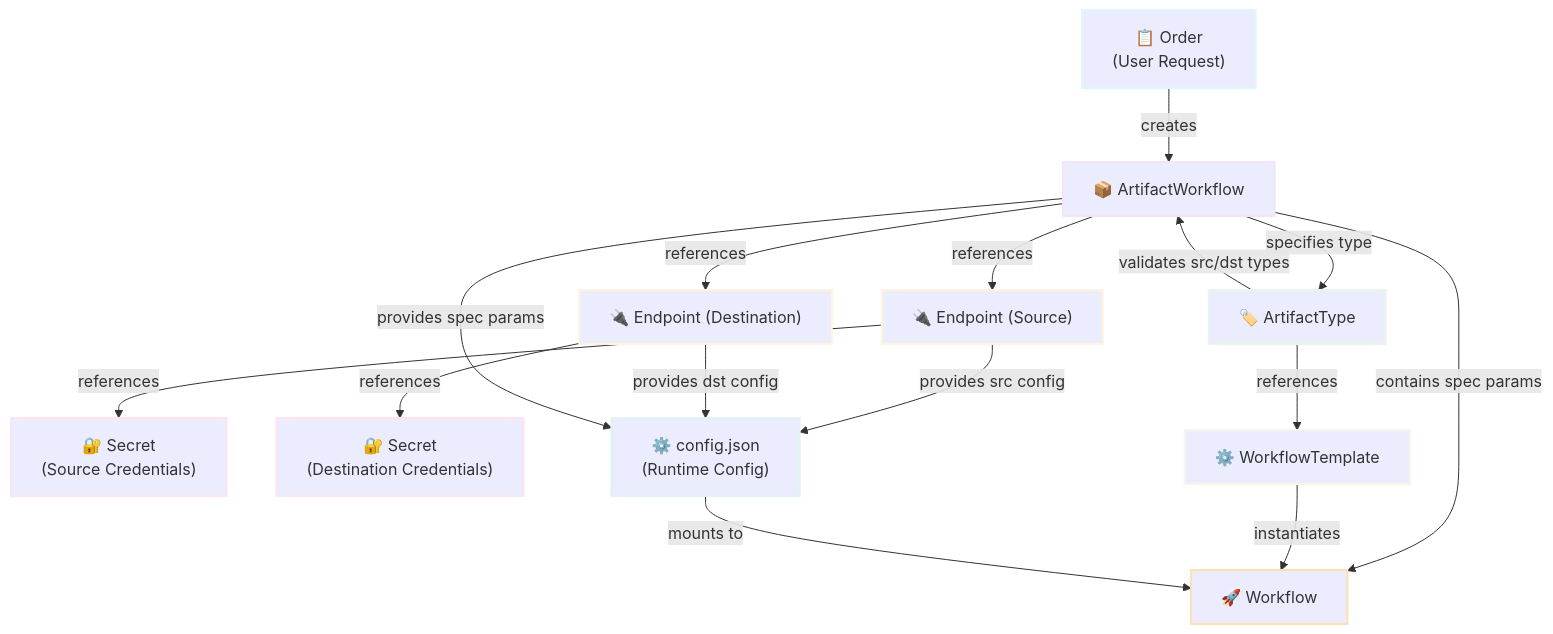
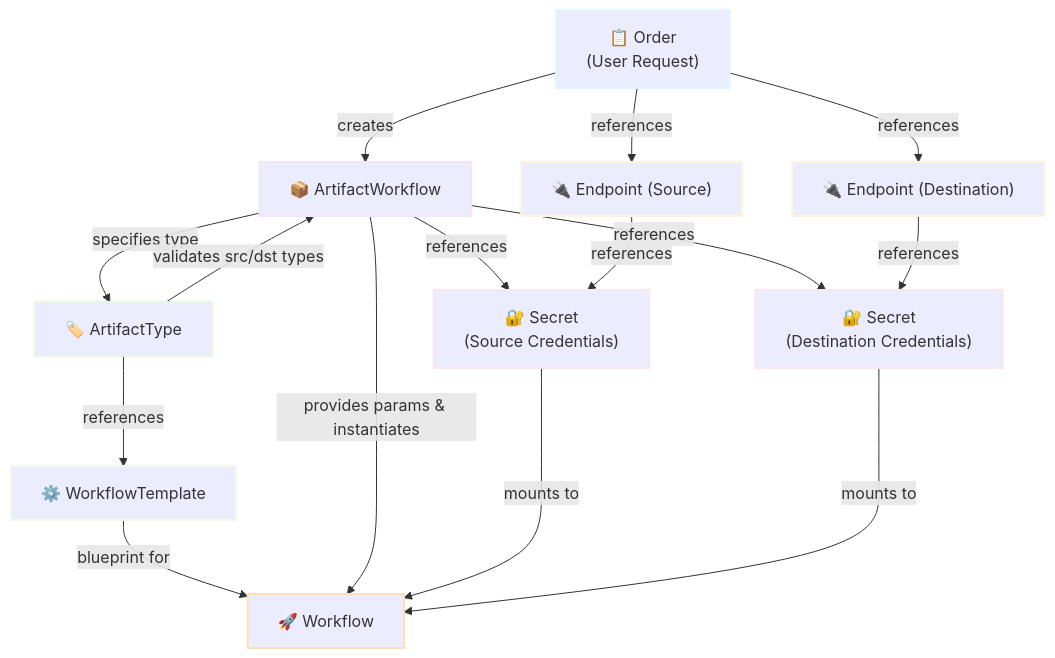
The diagram in docs/operator-manual/workflow-config.md (opendefensecloud/artifact-conduit), drawn with Mermaid before and after one commit. The commit also changed other lines of this file, not shown here.

Commit message:
update workflow config operator docs

````diff
--- a/docs/operator-manual/workflow-config.md
+++ b/docs/operator-manual/workflow-config.md
@@ -9,42 +9,40 @@
 ```mermaid
 graph TB
     Order["📋 Order<br/>(User Request)"]
     ArtifactWorkflow["📦 ArtifactWorkflow"]
     ArtifactTypeDef["🏷️ ArtifactType"]
     SrcEndpoint["🔌 Endpoint (Source)"]
     DstEndpoint["🔌 Endpoint (Destination)"]
     SrcSecret["🔐 Secret<br/>(Source Credentials)"]
     DstSecret["🔐 Secret<br/>(Destination Credentials)"]
     WorkflowTemplate["⚙️ WorkflowTemplate"]
     Workflow["🚀 Workflow"]
-    Config["⚙️ config.json<br/>(Runtime Config)"]
 
     Order -->|creates| ArtifactWorkflow
+    Order -->|references| SrcEndpoint
+    Order -->|references| DstEndpoint
     ArtifactWorkflow -->|specifies type| ArtifactTypeDef
-    ArtifactWorkflow -->|references| SrcEndpoint
-    ArtifactWorkflow -->|references| DstEndpoint
-    ArtifactWorkflow -->|contains spec params| Workflow
+    ArtifactWorkflow -->|references| SrcSecret
+    ArtifactWorkflow -->|references| DstSecret
 
     ArtifactTypeDef -->|validates src/dst types| ArtifactWorkflow
     ArtifactTypeDef -->|references| WorkflowTemplate
 
     SrcEndpoint -->|references| SrcSecret
     DstEndpoint -->|references| DstSecret
 
-    WorkflowTemplate -->|instantiates| Workflow
-    SrcEndpoint -->|provides src config| Config
-    DstEndpoint -->|provides dst config| Config
-    ArtifactWorkflow -->|provides spec params| Config
-    Config -->|mounts to| Workflow
+    WorkflowTemplate -->|blueprint for| Workflow
+    ArtifactWorkflow -->|provides params & instantiates| Workflow
+    SrcSecret -->|mounts to| Workflow
+    DstSecret -->|mounts to| Workflow
 
     style Order stroke:#e1f5ff,stroke-width:2px
     style ArtifactWorkflow stroke:#f3e5f5,stroke-width:2px
     style ArtifactTypeDef stroke:#e8f5e9,stroke-width:2px
     style SrcEndpoint stroke:#fff3e0,stroke-width:2px
     style DstEndpoint stroke:#fff3e0,stroke-width:2px
     style SrcSecret stroke:#fce4ec,stroke-width:2px
     style DstSecret stroke:#fce4ec,stroke-width:2px
     style WorkflowTemplate stroke:#f1f8e9,stroke-width:2px
     style Workflow stroke:#ffe0b2,stroke-width:2px
-    style Config stroke:#e0f2f1,stroke-width:2px
 ```
````
